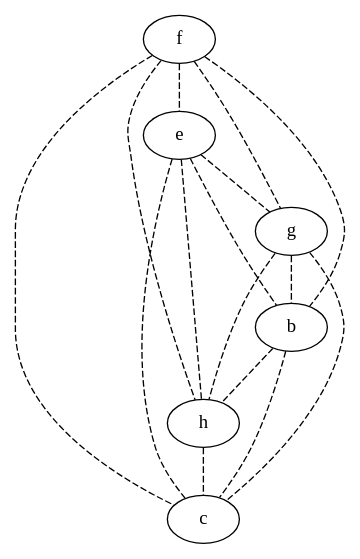
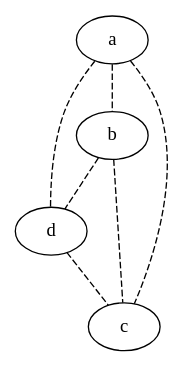
One commit to lrodrin/TFG changed the diagram in src/extension/initGraph.dot. Above: the diagram before and after it, drawn with Graphviz. The commit also changed 9 other files, not shown here.

```diff
--- a/src/extension/initGraph.dot
+++ b/src/extension/initGraph.dot
@@ -1,23 +1,12 @@
 strict graph "" {
-f;
-e;
-g;
+a;
 b;
-h;
+d;
 c;
-f -- e  [color=black, style=dashed];
-f -- g  [color=black, style=dashed];
-f -- b  [color=black, style=dashed];
-f -- h  [color=black, style=dashed];
-f -- c  [color=black, style=dashed];
-e -- g  [color=black, style=dashed];
-e -- b  [color=black, style=dashed];
-e -- h  [color=black, style=dashed];
-e -- c  [color=black, style=dashed];
-g -- b  [color=black, style=dashed];
-g -- h  [color=black, style=dashed];
-g -- c  [color=black, style=dashed];
-b -- h  [color=black, style=dashed];
+a -- b  [color=black, style=dashed];
+a -- d  [color=black, style=dashed];
+a -- c  [color=black, style=dashed];
+b -- d  [color=black, style=dashed];
 b -- c  [color=black, style=dashed];
-h -- c  [color=black, style=dashed];
+d -- c  [color=black, style=dashed];
 }
```
